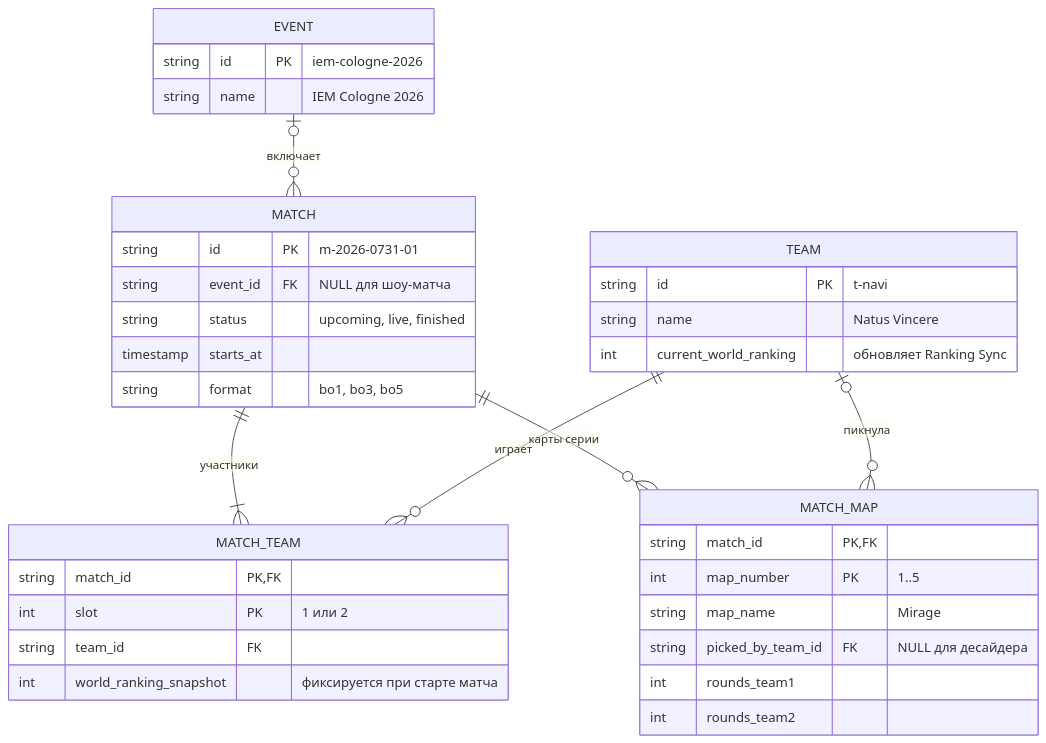
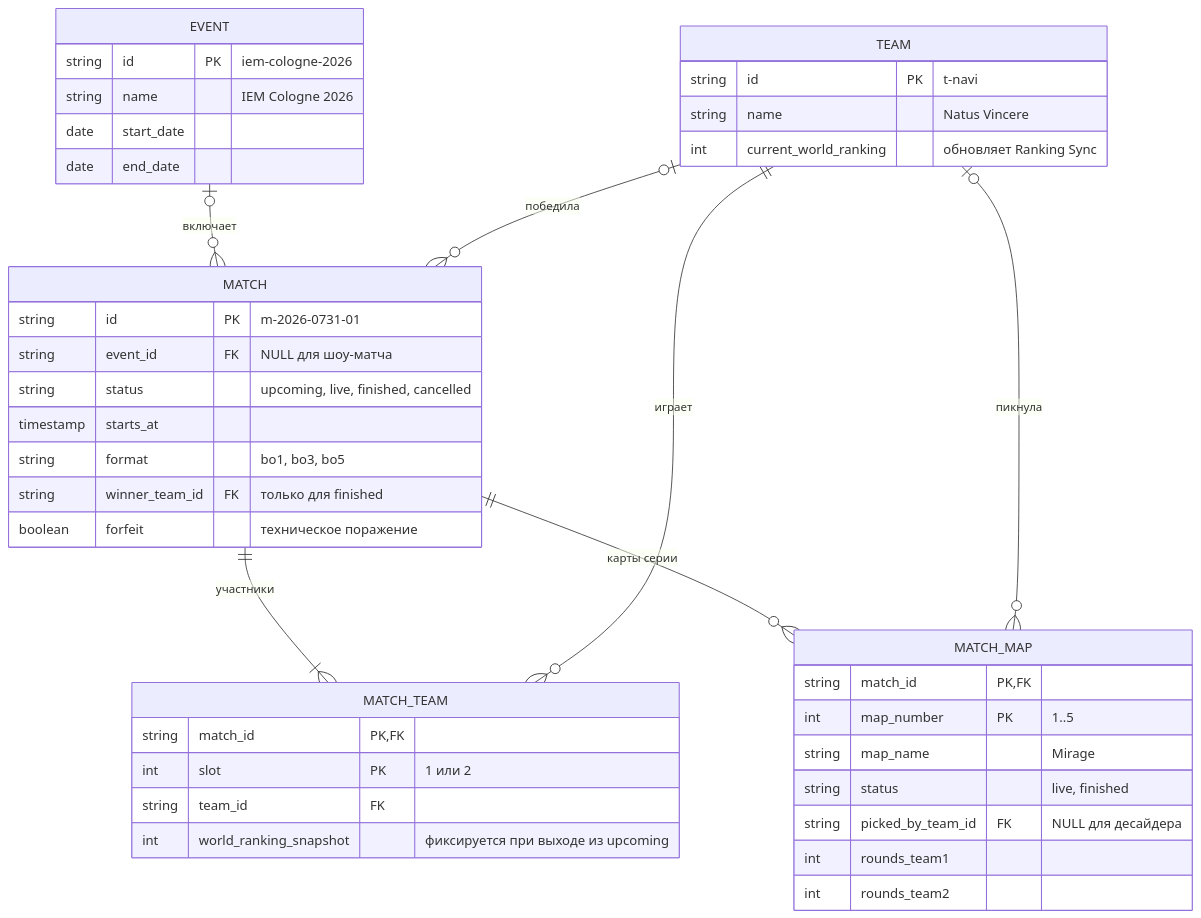
One commit to iFuzYs/git-practice changed the diagram in cs-match-stats/data-model.md. Above: the diagram before and after it, drawn with Mermaid. The commit also changed other lines of this file and 10 other files, not shown here.

````diff
--- a/cs-match-stats/data-model.md
+++ b/cs-match-stats/data-model.md
@@ -5,39 +5,45 @@
 ```mermaid
 erDiagram
     EVENT |o--o{ MATCH : "включает"
     MATCH ||--|{ MATCH_TEAM : "участники"
     TEAM ||--o{ MATCH_TEAM : "играет"
     MATCH ||--o{ MATCH_MAP : "карты серии"
     TEAM |o--o{ MATCH_MAP : "пикнула"
+    TEAM |o--o{ MATCH : "победила"
 
     EVENT {
         string id PK "iem-cologne-2026"
         string name "IEM Cologne 2026"
+        date start_date
+        date end_date
     }
     MATCH {
         string id PK "m-2026-0731-01"
         string event_id FK "NULL для шоу-матча"
-        string status "upcoming, live, finished"
+        string status "upcoming, live, finished, cancelled"
         timestamp starts_at
         string format "bo1, bo3, bo5"
+        string winner_team_id FK "только для finished"
+        boolean forfeit "техническое поражение"
     }
     TEAM {
         string id PK "t-navi"
         string name "Natus Vincere"
         int current_world_ranking "обновляет Ranking Sync"
     }
     MATCH_TEAM {
         string match_id PK, FK
         int slot PK "1 или 2"
         string team_id FK
-        int world_ranking_snapshot "фиксируется при старте матча"
+        int world_ranking_snapshot "фиксируется при выходе из upcoming"
     }
     MATCH_MAP {
         string match_id PK, FK
         int map_number PK "1..5"
         string map_name "Mirage"
+        string status "live, finished"
         string picked_by_team_id FK "NULL для десайдера"
         int rounds_team1
         int rounds_team2
     }
 ```
````
